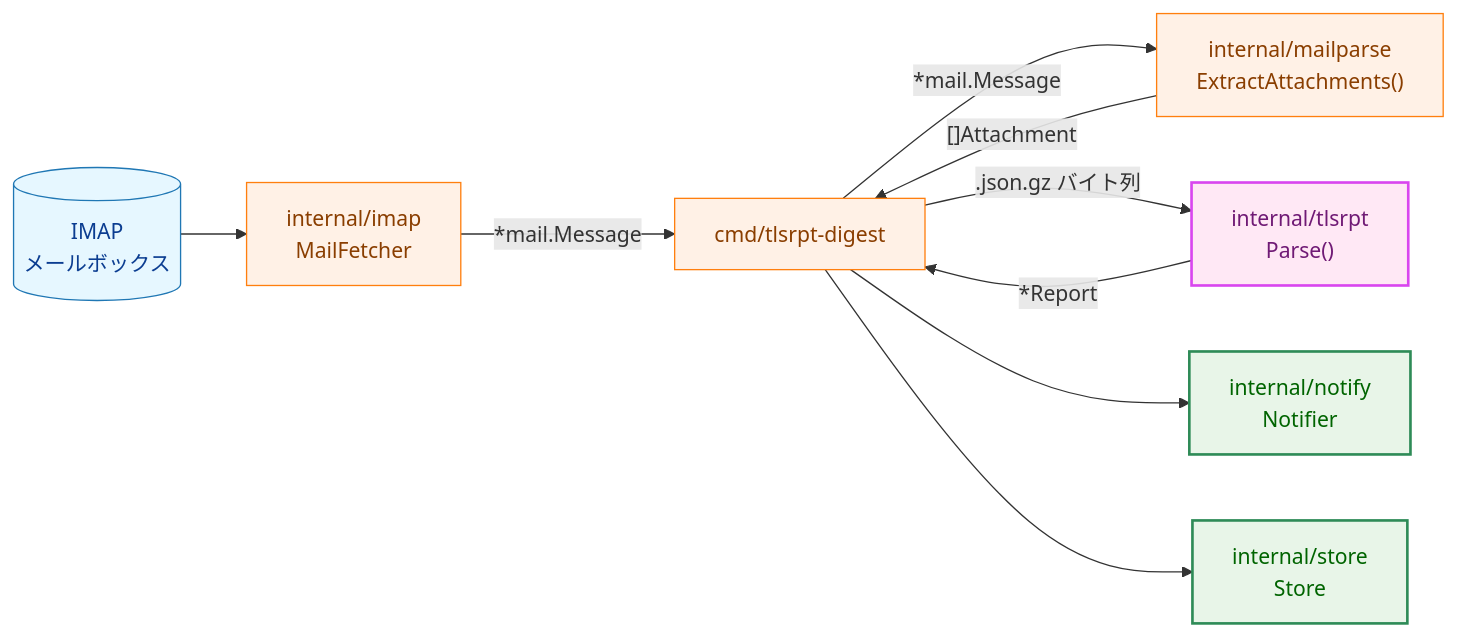
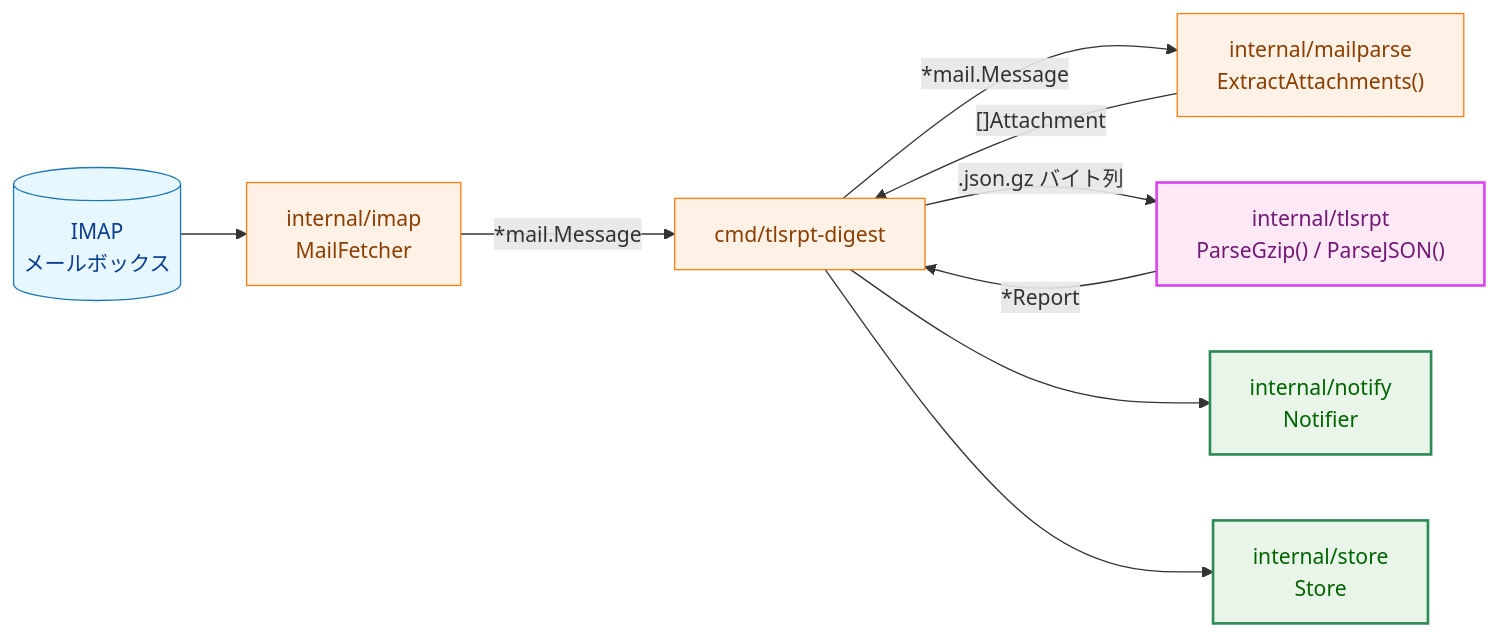
The third of 7 diagrams in docs/tasks/0020_tlsrpt/02_architecture.md (isseis/tlsrpt-digest), drawn with Mermaid before and after one commit. The commit also changed other lines of this file and 1 other file, not shown here.

First line of the commit message:
docs(task 0020): fix stale Parse() references and test names in docs

````diff
--- a/docs/tasks/0020_tlsrpt/02_architecture.md
+++ b/docs/tasks/0020_tlsrpt/02_architecture.md
@@ -66,29 +66,29 @@
 ```mermaid
 flowchart LR
     classDef data fill:#e6f7ff,stroke:#1f77b4,stroke-width:1px,color:#0b3d91;
     classDef process fill:#fff1e6,stroke:#ff7f0e,stroke-width:1px,color:#8a3e00;
     classDef enhanced fill:#e8f5e8,stroke:#2e8b57,stroke-width:2px,color:#006400;
     classDef newpkg fill:#ffe8f5,stroke:#d946ef,stroke-width:2px,color:#701a75;
 
     IMAP[("IMAP<br>メールボックス")]
     IM["internal/imap<br>MailFetcher"]
     MP["internal/mailparse<br>ExtractAttachments()"]
-    TR["internal/tlsrpt<br>Parse()"]
+    TR["internal/tlsrpt<br>ParseGzip() / ParseJSON()"]
     CMD["cmd/tlsrpt-digest"]
     NT["internal/notify<br>Notifier"]
     ST["internal/store<br>Store"]
 
     IMAP --> IM
     IM -->|"*mail.Message"| CMD
     CMD -->|"*mail.Message"| MP
     MP -->|"[]Attachment"| CMD
     CMD -->|".json.gz バイト列"| TR
     TR -->|"*Report"| CMD
     CMD --> NT
     CMD --> ST
 
     class IMAP data
     class IM,MP,CMD process
     class TR newpkg
     class NT,ST enhanced
 ```
````
